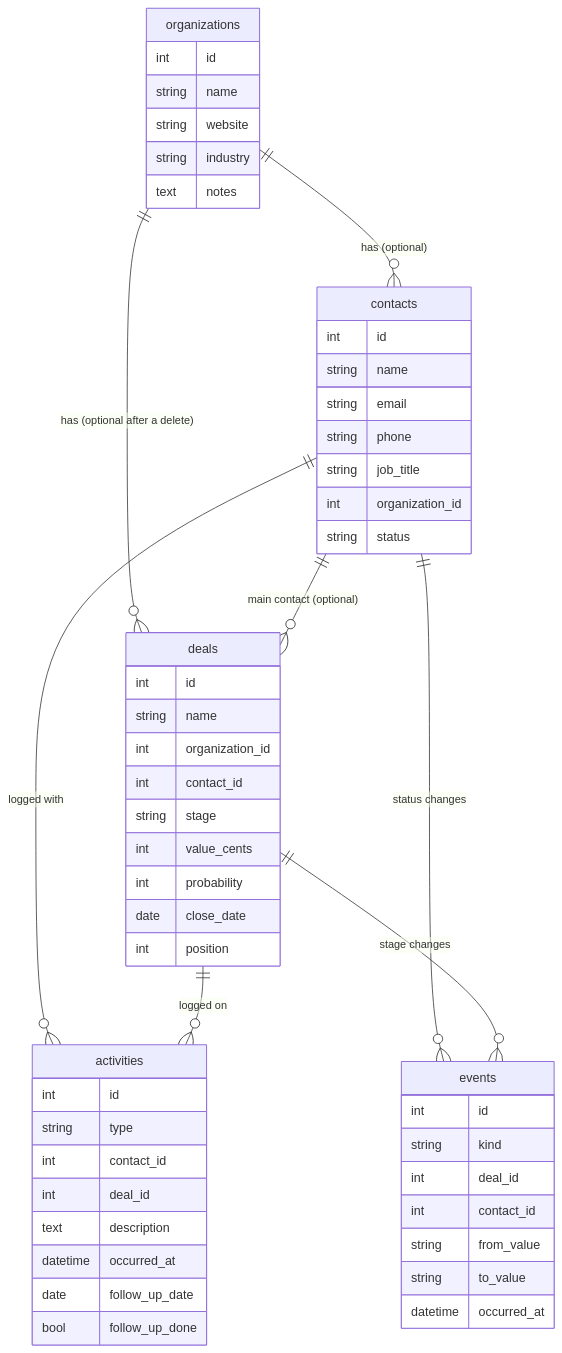
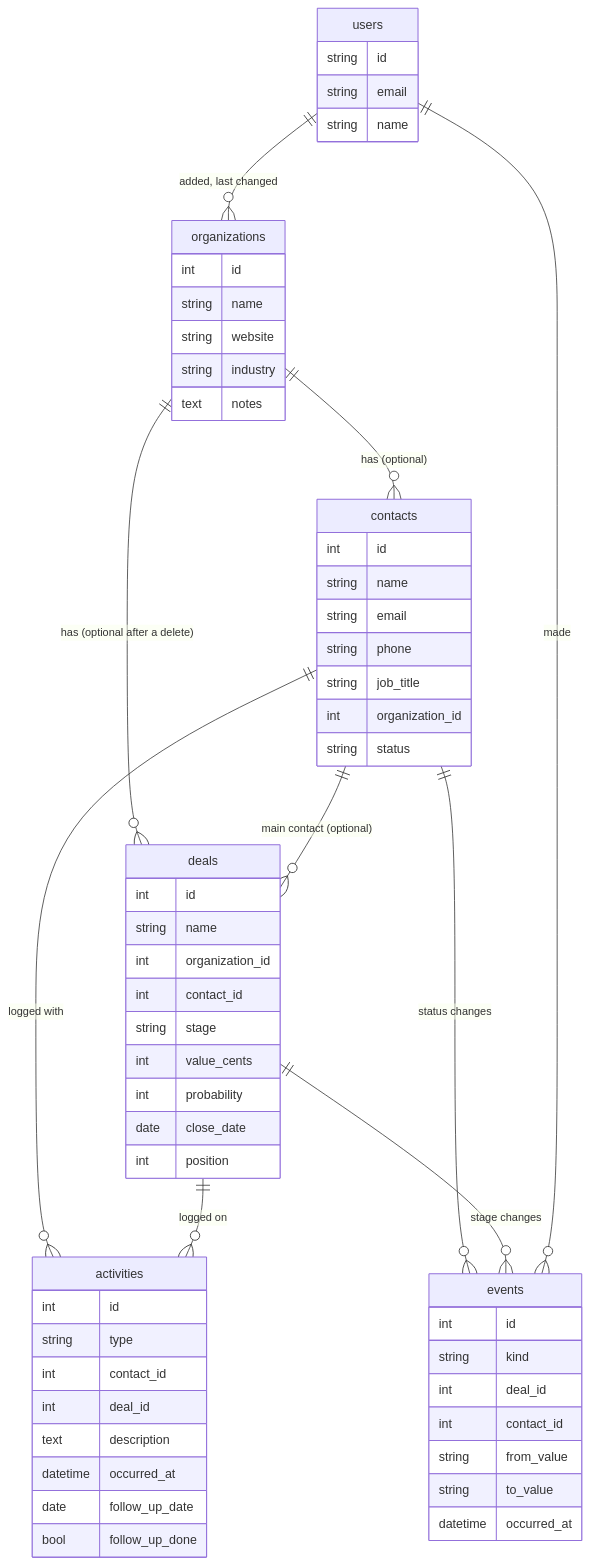
One commit to deltarem/accountable changed the second of 3 diagrams in docs/backend-architecture.md. Above: the diagram before and after it, drawn with Mermaid. The commit also changed other lines of this file and 173 other files, not shown here.

````diff
--- a/docs/backend-architecture.md
+++ b/docs/backend-architecture.md
@@ -71,57 +85,64 @@
 ```mermaid
 erDiagram
     organizations ||--o{ contacts : "has (optional)"
     organizations ||--o{ deals : "has (optional after a delete)"
     contacts ||--o{ deals : "main contact (optional)"
     contacts ||--o{ activities : "logged with"
     deals ||--o{ activities : "logged on"
     contacts ||--o{ events : "status changes"
     deals ||--o{ events : "stage changes"
+    users ||--o{ organizations : "added, last changed"
+    users ||--o{ events : "made"
 
+    users {
+        string id
+        string email
+        string name
+    }
     organizations {
         int id
         string name
         string website
         string industry
         text notes
     }
     contacts {
         int id
         string name
         string email
         string phone
         string job_title
         int organization_id
         string status
     }
     deals {
         int id
         string name
         int organization_id
         int contact_id
         string stage
         int value_cents
         int probability
         date close_date
         int position
     }
     activities {
         int id
         string type
         int contact_id
         int deal_id
         text description
         datetime occurred_at
         date follow_up_date
         bool follow_up_done
     }
     events {
         int id
         string kind
         int deal_id
         int contact_id
         string from_value
         string to_value
         datetime occurred_at
     }
 ```
````
